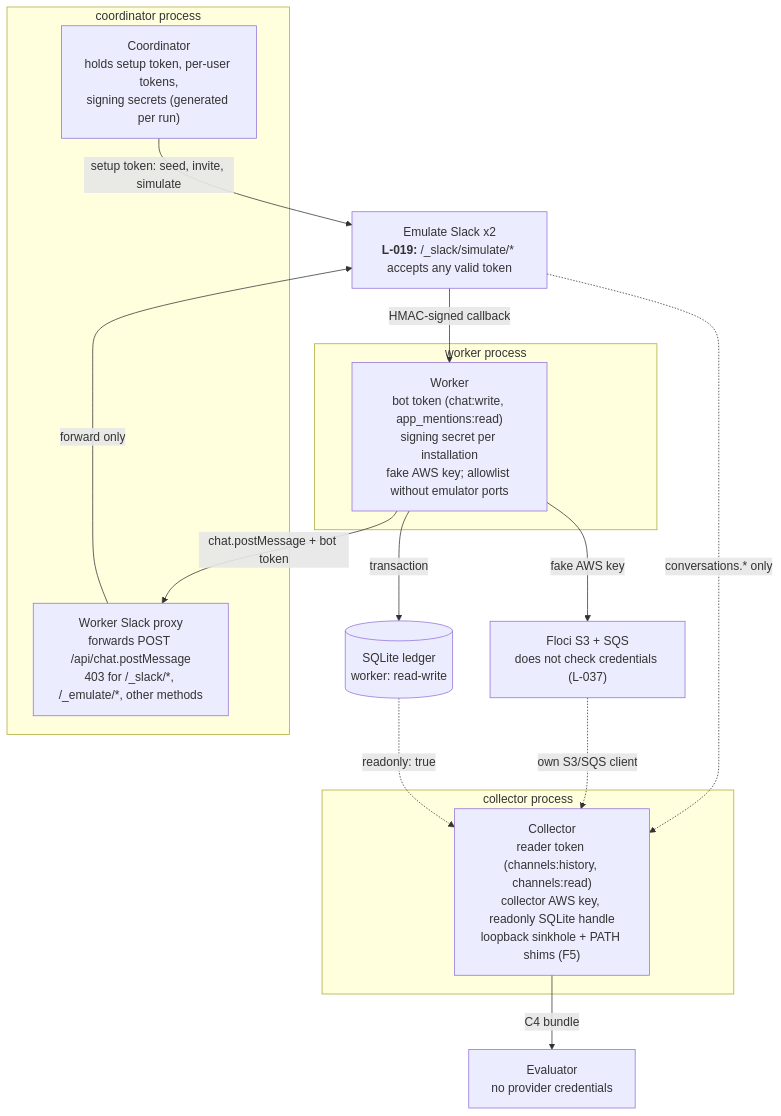
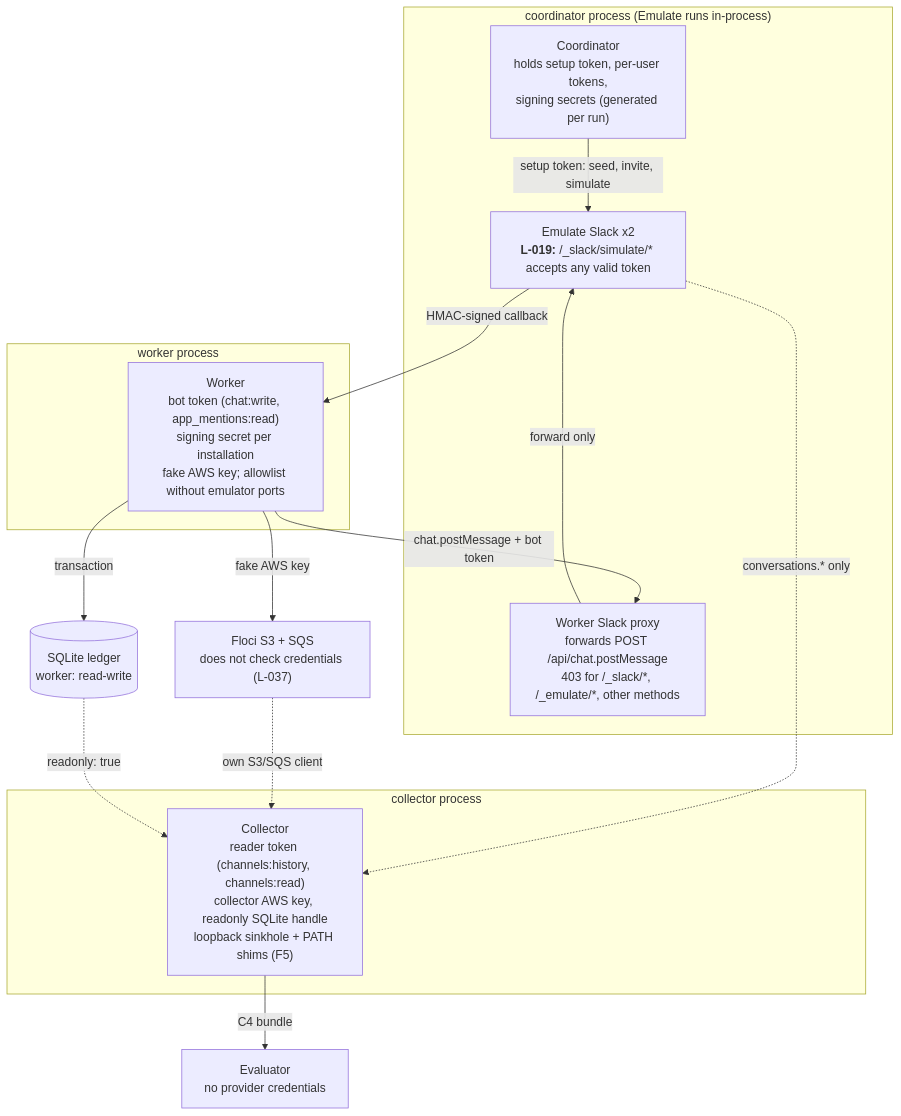
One commit to shivanathd/google-ax-agent-proof-lab changed the fifth of 7 diagrams in docs/diagrams/README.md. Above: the diagram before and after it, drawn with Mermaid. The commit also changed other lines of this file and 14 other files, not shown here.

Commit message:
docs(diagrams): archify mental model, infrastructure layers, request flow; refresh system map and AX lane

````diff
--- a/docs/diagrams/README.md
+++ b/docs/diagrams/README.md
@@ -47,28 +210,28 @@
 ```mermaid
 flowchart TB
-  subgraph CP["coordinator process"]
+  subgraph CP["coordinator process (Emulate runs in-process)"]
     coord["Coordinator<br/>holds setup token, per-user tokens,<br/>signing secrets (generated per run)"]
     proxy["Worker Slack proxy<br/>forwards POST /api/chat.postMessage<br/>403 for /_slack/*, /_emulate/*, other methods"]
+    emulate["Emulate Slack x2<br/><b>L-019:</b> /_slack/simulate/* accepts any valid token"]
   end
   subgraph WP["worker process"]
     worker["Worker<br/>bot token (chat:write, app_mentions:read)<br/>signing secret per installation<br/>fake AWS key; allowlist without emulator ports"]
   end
   subgraph CL["collector process"]
     collector["Collector<br/>reader token (channels:history, channels:read)<br/>collector AWS key, readonly SQLite handle<br/>loopback sinkhole + PATH shims (F5)"]
   end
-  emulate["Emulate Slack x2<br/><b>L-019:</b> /_slack/simulate/* accepts any valid token"]
   ledger[("SQLite ledger<br/>worker: read-write")]
   floci["Floci S3 + SQS<br/>does not check credentials (L-037)"]
   evaluator["Evaluator<br/>no provider credentials"]
 
   coord -- "setup token: seed, invite, simulate" --> emulate
   worker -- "chat.postMessage + bot token" --> proxy
   proxy -- "forward only" --> emulate
   emulate -- "HMAC-signed callback" --> worker
   worker -- "transaction" --> ledger
   worker -- "fake AWS key" --> floci
   emulate -. "conversations.* only" .-> collector
   floci -. "own S3/SQS client" .-> collector
   ledger -. "readonly: true" .-> collector
   collector -- "C4 bundle" --> evaluator
 ```
````
